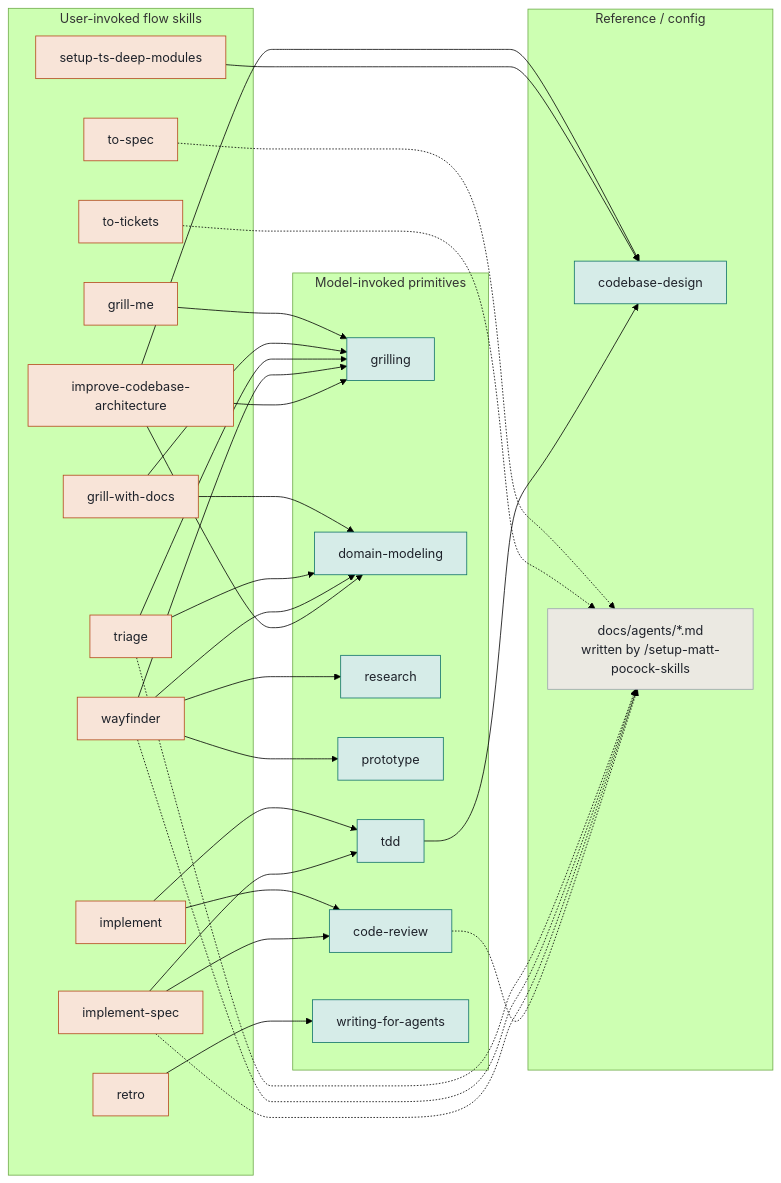
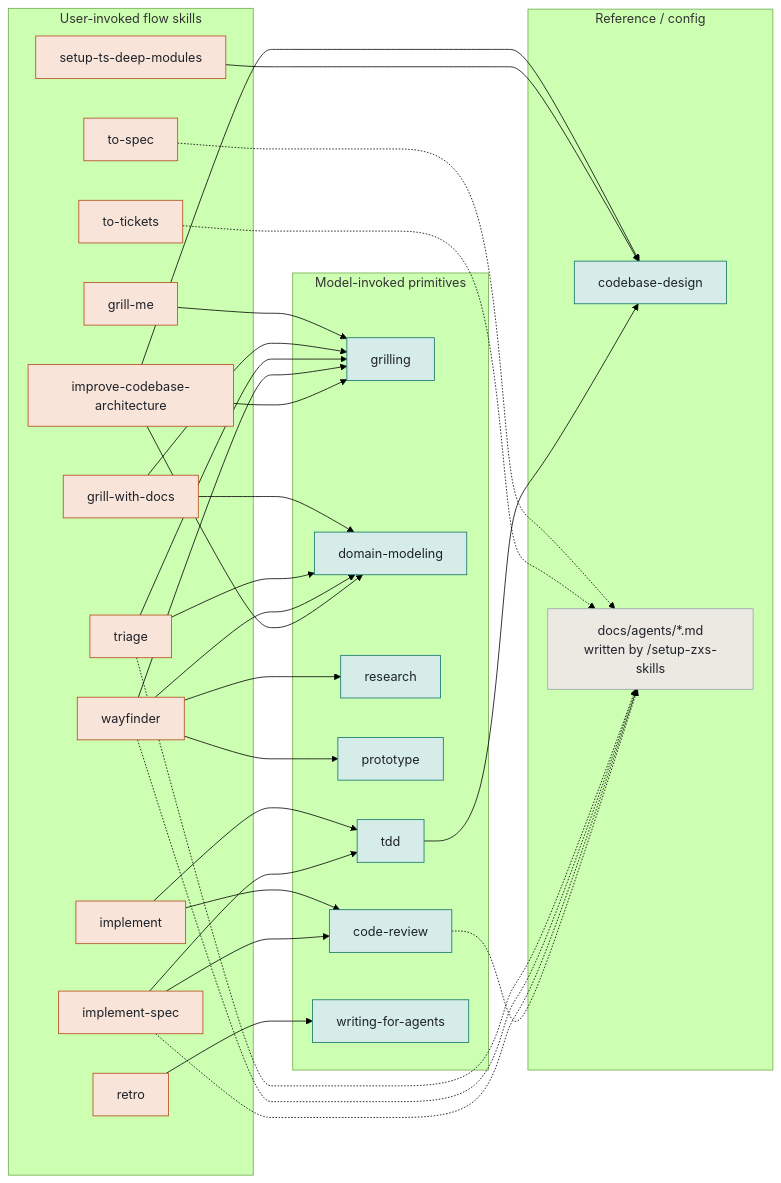
Before and after one commit to zxsong111/skills: the third of 3 diagrams in SKILLS-MAP.md, drawn with Mermaid (forest theme). The commit also changed other lines of this file and 91 other files, not shown here.

First line of the commit message:
rebrand to zxs-skills and hard-fork from mattpocock/skills

````diff
--- a/SKILLS-MAP.md
+++ b/SKILLS-MAP.md
@@ -184,50 +184,50 @@
 ```mermaid
 flowchart LR
   classDef user fill:#f8e4d8,stroke:#b4471a,color:#1e222a
   classDef model fill:#d6ece8,stroke:#0f7268,color:#1e222a
   classDef cfg fill:#ebe9e2,stroke:#9aa2ae,color:#1e222a
 
   subgraph wrappers["User-invoked flow skills"]
     gm["grill-me"]:::user
     gwd["grill-with-docs"]:::user
     tri["triage"]:::user
     way["wayfinder"]:::user
     imp["improve-codebase-architecture"]:::user
     tsd["setup-ts-deep-modules"]:::user
     spec["to-spec"]:::user
     tk["to-tickets"]:::user
     impl["implement"]:::user
     is["implement-spec"]:::user
     retro["retro"]:::user
   end
   subgraph prims["Model-invoked primitives"]
     g["grilling"]:::model
     dm["domain-modeling"]:::model
     rs["research"]:::model
     pt["prototype"]:::model
     tdd["tdd"]:::model
     cr["code-review"]:::model
     wfa["writing-for-agents"]:::model
   end
   subgraph refs["Reference / config"]
     cd["codebase-design"]:::model
-    docs["docs/agents/*.md<br/>written by /setup-matt-pocock-skills"]:::cfg
+    docs["docs/agents/*.md<br/>written by /setup-zxs-skills"]:::cfg
   end
 
   gm --> g
   gwd --> g & dm
   tri --> g & dm
   way --> g & dm & rs & pt
   imp --> cd & g & dm
   tsd --> cd
   impl --> tdd & cr
   is --> tdd & cr
   tdd --> cd
   retro --> wfa
   spec -.-> docs
   tk -.-> docs
   tri -.-> docs
   way -.-> docs
   is -.-> docs
   cr -.-> docs
 ```
````
